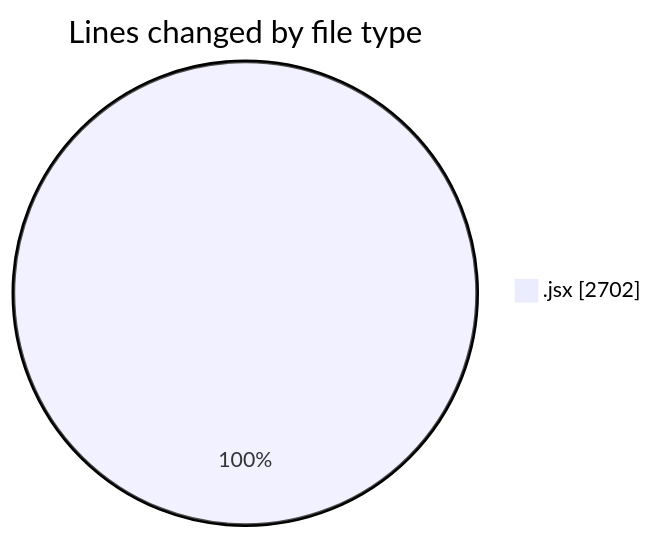
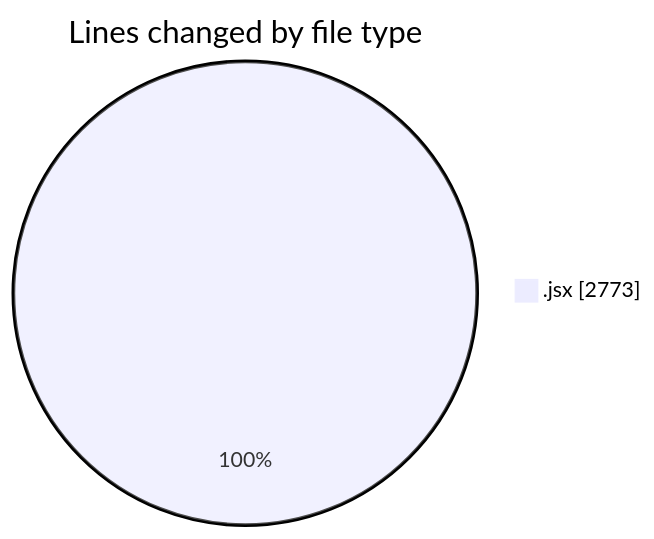
One commit to nxtqubesakshisongat/code-tracking changed the first of 2 diagrams in 2025-09-25/nxtqube_webapp/README.md. Above: the diagram before and after it, drawn with Mermaid. The commit also changed other lines of this file and 1 other file, not shown here.

````diff
--- a/2025-09-25/nxtqube_webapp/README.md
+++ b/2025-09-25/nxtqube_webapp/README.md
@@ -20,5 +20,5 @@
 ```mermaid
 pie showData
 title Lines changed by file type
-".jsx" : 2702
+".jsx" : 2773
 ```
````
